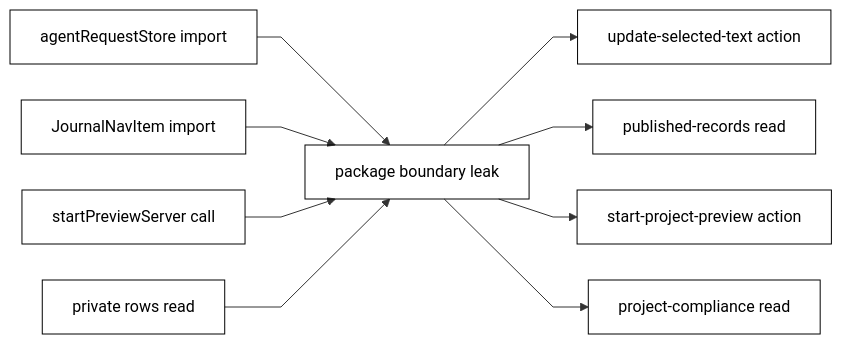
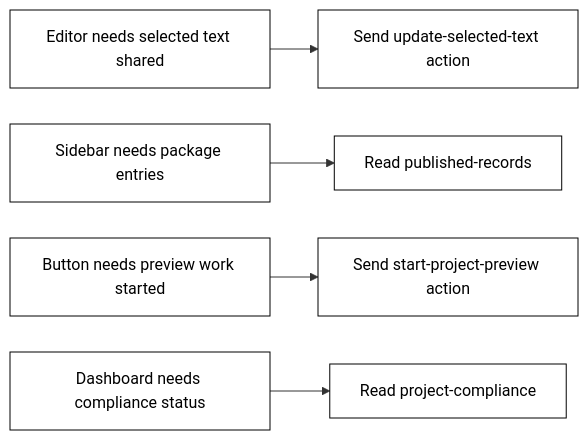
Before and after one commit to kngf222/bitfield-docs: the second of 2 diagrams in runtime-kit/build-without-tangled-code/translate-traditional-code.mdx, drawn with Mermaid. The commit also changed other lines of this file, not shown here.

Commit message:
docs: split traditional and bitfield mermaid flows

````diff
--- a/runtime-kit/build-without-tangled-code/translate-traditional-code.mdx
+++ b/runtime-kit/build-without-tangled-code/translate-traditional-code.mdx
@@ -16,35 +41,26 @@
 ```mermaid
 %%{init: {'flowchart': {'nodeSpacing': 36, 'rankSpacing': 48, 'curve': 'linear'}}}%%
 flowchart LR
-  BadStore["agentRequestStore import"]
-  BadShell["JournalNavItem import"]
-  BadPreview["startPreviewServer call"]
-  BadRows["private rows read"]
+  NeedText["Editor needs selected text shared"]
+  NeedSidebar["Sidebar needs package entries"]
+  NeedPreview["Button needs preview work started"]
+  NeedDashboard["Dashboard needs compliance status"]
 
-  Stop["package boundary leak"]
+  TextAction["Send update-selected-text action"]
+  RecordsRead["Read published-records"]
+  PreviewAction["Send start-project-preview action"]
+  ComplianceRead["Read project-compliance"]
 
-  GoodText["update-selected-text action"]
-  GoodRecords["published-records read"]
-  GoodPreview["start-project-preview action"]
-  GoodCompliance["project-compliance read"]
+  NeedText --> TextAction
+  NeedSidebar --> RecordsRead
+  NeedPreview --> PreviewAction
+  NeedDashboard --> ComplianceRead
 
-  BadStore --> Stop
-  BadShell --> Stop
-  BadPreview --> Stop
-  BadRows --> Stop
-
-  Stop --> GoodText
-  Stop --> GoodRecords
-  Stop --> GoodPreview
-  Stop --> GoodCompliance
-
-  classDef traditional fill:transparent,stroke:currentColor,color:currentColor;
-  classDef reject fill:transparent,stroke:currentColor,color:currentColor;
+  classDef need fill:transparent,stroke:currentColor,color:currentColor;
   classDef request fill:transparent,stroke:currentColor,color:currentColor;
   classDef read fill:transparent,stroke:currentColor,color:currentColor;
 
-  class BadStore,BadShell,BadPreview,BadRows traditional;
-  class Stop reject;
-  class GoodText,GoodPreview request;
-  class GoodRecords,GoodCompliance read;
+  class NeedText,NeedSidebar,NeedPreview,NeedDashboard need;
+  class TextAction,PreviewAction request;
+  class RecordsRead,ComplianceRead read;
 ```
````
